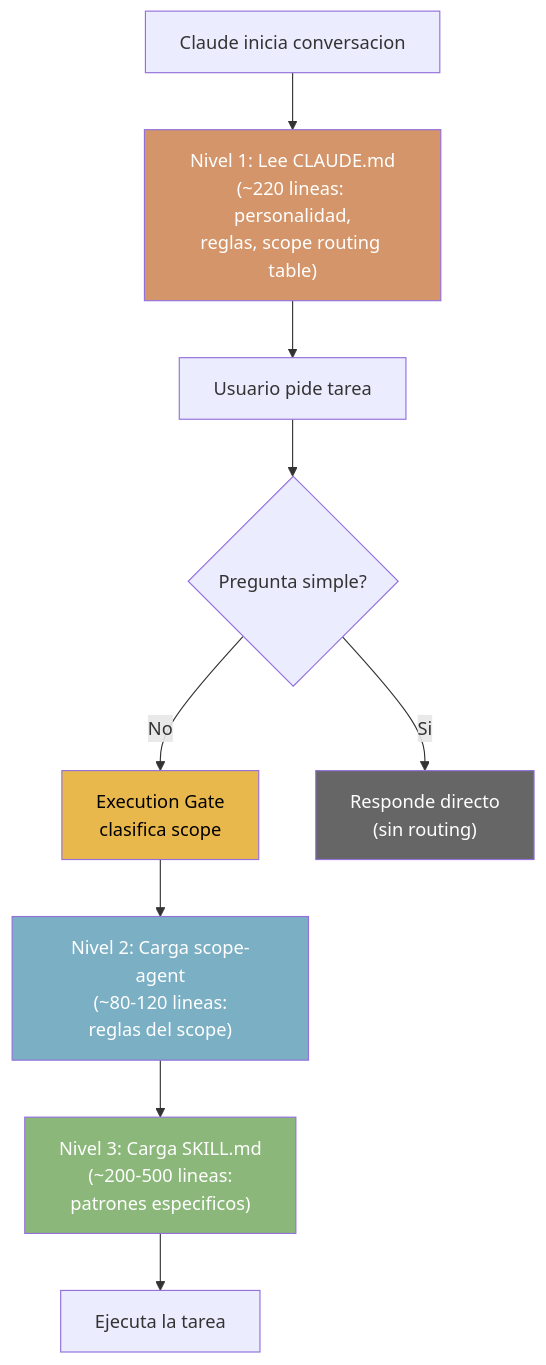
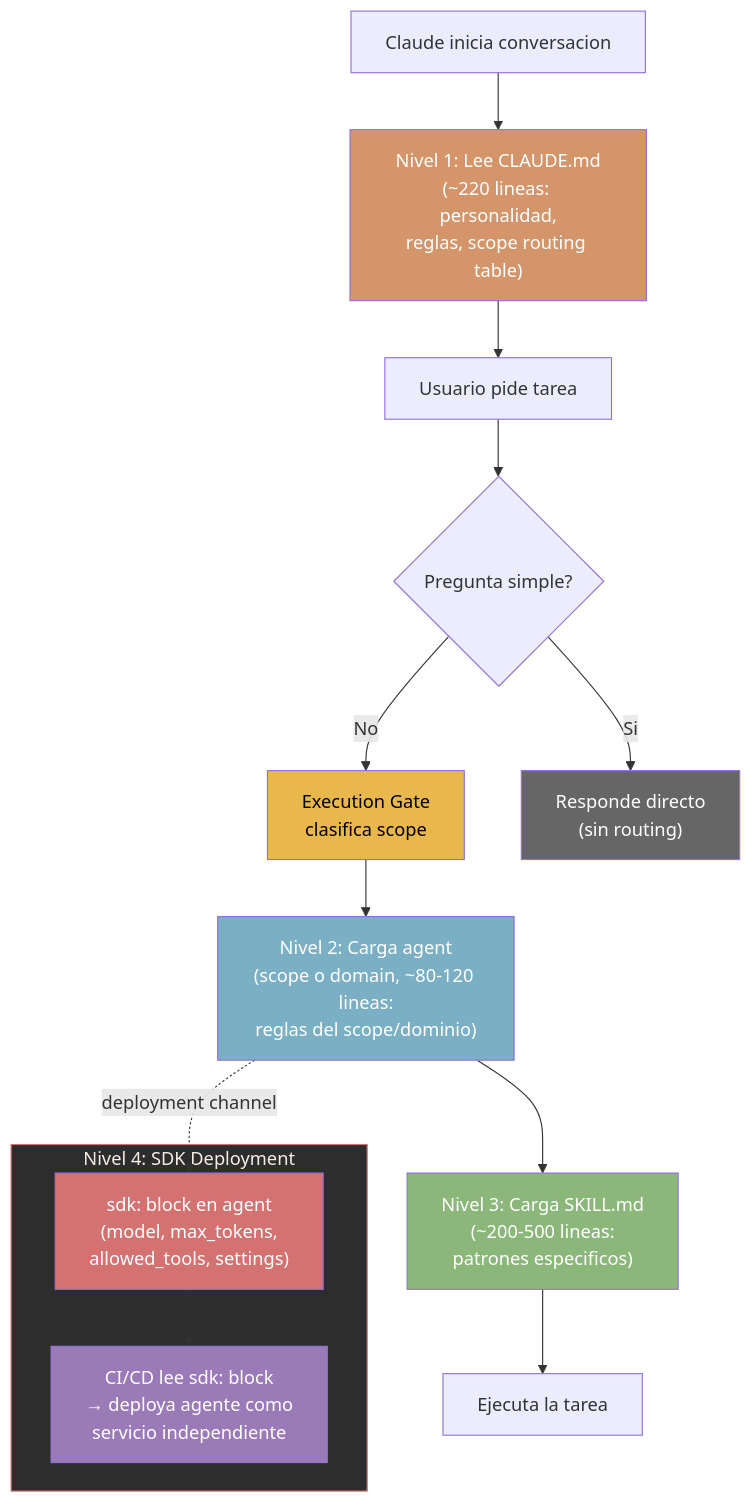
One commit to jota-batuta/batuta-dots changed the seventh of 26 diagrams in docs/architecture/arquitectura-diagrama.md. Above: the diagram before and after it, drawn with Mermaid. The commit also changed other lines of this file and 79 other files, not shown here.

First line of the commit message:
feat(v13): agents architecture, skill eval, validation fixes

````diff
--- a/docs/architecture/arquitectura-diagrama.md
+++ b/docs/architecture/arquitectura-diagrama.md
@@ -224,22 +279,31 @@
 ```mermaid
 flowchart TD
     START["Claude inicia conversacion"]
     READ["Nivel 1: Lee CLAUDE.md<br/>(~220 lineas: personalidad,<br/>reglas, scope routing table)"]
     TASK["Usuario pide tarea"]
     GATE["Execution Gate<br/>clasifica scope"]
-    LOAD_AGENT["Nivel 2: Carga scope-agent<br/>(~80-120 lineas:<br/>reglas del scope)"]
+    LOAD_AGENT["Nivel 2: Carga agent<br/>(scope o domain, ~80-120 lineas:<br/>reglas del scope/dominio)"]
     LOAD_SKILL["Nivel 3: Carga SKILL.md<br/>(~200-500 lineas:<br/>patrones especificos)"]
     WORK["Ejecuta la tarea"]
     SIMPLE{"Pregunta simple?"}
     DIRECT["Responde directo<br/>(sin routing)"]
 
+    subgraph SDK_LEVEL["Nivel 4: SDK Deployment"]
+        SDK_BLOCK["sdk: block en agent<br/>(model, max_tokens,<br/>allowed_tools, settings)"]
+        CI_CD["CI/CD lee sdk: block<br/>→ deploya agente como<br/>servicio independiente"]
+    end
+
     START --> READ --> TASK --> SIMPLE
     SIMPLE -->|"Si"| DIRECT
     SIMPLE -->|"No"| GATE --> LOAD_AGENT --> LOAD_SKILL --> WORK
+    LOAD_AGENT -.->|"deployment channel"| SDK_BLOCK --> CI_CD
 
     style READ fill:#D4956A,color:#fff
     style LOAD_AGENT fill:#7AAFC4,color:#fff
     style LOAD_SKILL fill:#8BB87A,color:#fff
     style GATE fill:#E8B84D,color:#000
     style DIRECT fill:#666,color:#fff
+    style SDK_LEVEL fill:#2d2d2d,stroke:#D47272,color:#F5EDE4
+    style SDK_BLOCK fill:#D47272,color:#fff
+    style CI_CD fill:#9B7AB8,color:#fff
 ```
````
